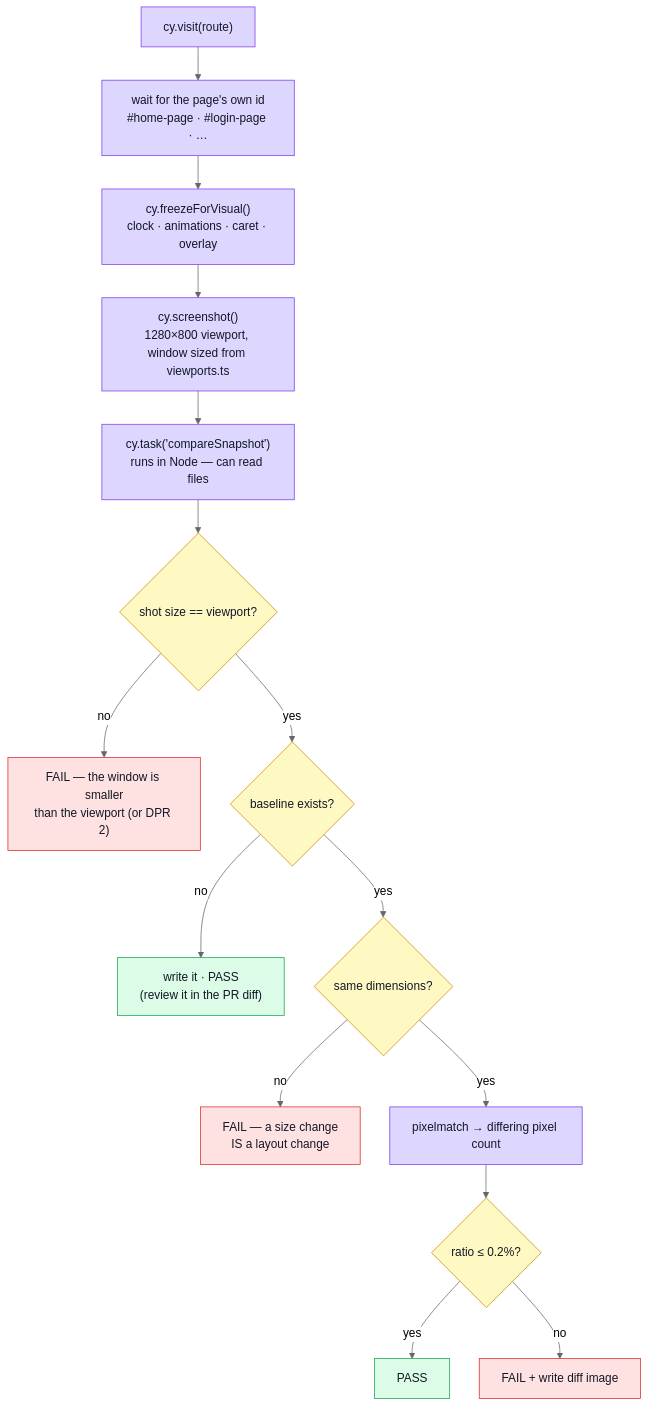
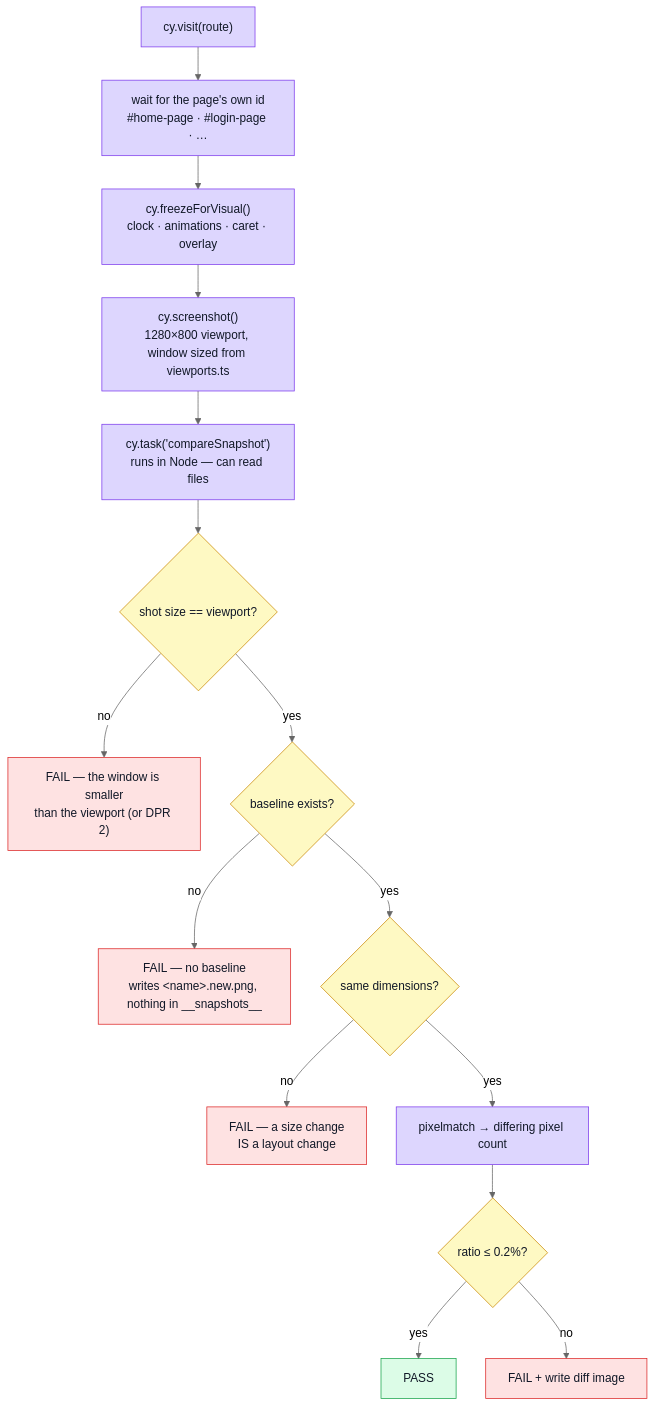
One commit to Guebbit/boilerplate-vue-frontend changed the first of 4 diagrams in docs/tools/visual-regression.md. Above: the diagram before and after it, drawn with Mermaid (neutral theme). The commit also changed 8 other files, not shown here.

````diff
--- a/docs/tools/visual-regression.md
+++ b/docs/tools/visual-regression.md
@@ -18,27 +18,27 @@
 ```mermaid
 %%{init: {'flowchart': {'nodeSpacing': 40, 'rankSpacing': 45}}}%%
 flowchart TB
     Visit["cy.visit(route)"] --> Ready["wait for the page's own id\n#home-page · #login-page · …"]
     Ready --> Freeze["cy.freezeForVisual()\nclock · animations · caret · overlay"]
     Freeze --> Shot["cy.screenshot()\n1280×800 viewport, window sized from viewports.ts"]
     Shot --> Task["cy.task('compareSnapshot')\nruns in Node — can read files"]
     Task --> Guard{"shot size == viewport?"}
     Guard -- no --> FailWindow["FAIL — the window is smaller\nthan the viewport (or DPR 2)"]
     Guard -- yes --> D{"baseline exists?"}
-    D -- no --> Create["write it · PASS\n(review it in the PR diff)"]
+    D -- no --> FailNew["FAIL — no baseline\nwrites &lt;name&gt;.new.png, nothing in __snapshots__"]
     D -- yes --> Size{"same dimensions?"}
     Size -- no --> FailSize["FAIL — a size change\nIS a layout change"]
     Size -- yes --> Match["pixelmatch → differing pixel count"]
     Match --> Budget{"ratio ≤ 0.2%?"}
     Budget -- yes --> Pass["PASS"]
     Budget -- no --> Fail["FAIL + write diff image"]
 
     classDef proc fill:#ddd6fe,stroke:#7c3aed,color:#111827;
     classDef good fill:#dcfce7,stroke:#16a34a,color:#111827;
     classDef bad fill:#fee2e2,stroke:#dc2626,color:#111827;
     classDef dec fill:#fef9c3,stroke:#ca8a04,color:#111827;
     class Visit,Ready,Freeze,Shot,Task,Match proc;
-    class Create,Pass good;
-    class Fail,FailSize,FailWindow bad;
+    class Pass good;
+    class Fail,FailSize,FailWindow,FailNew bad;
     class D,Size,Budget,Guard dec;
 ```
````
